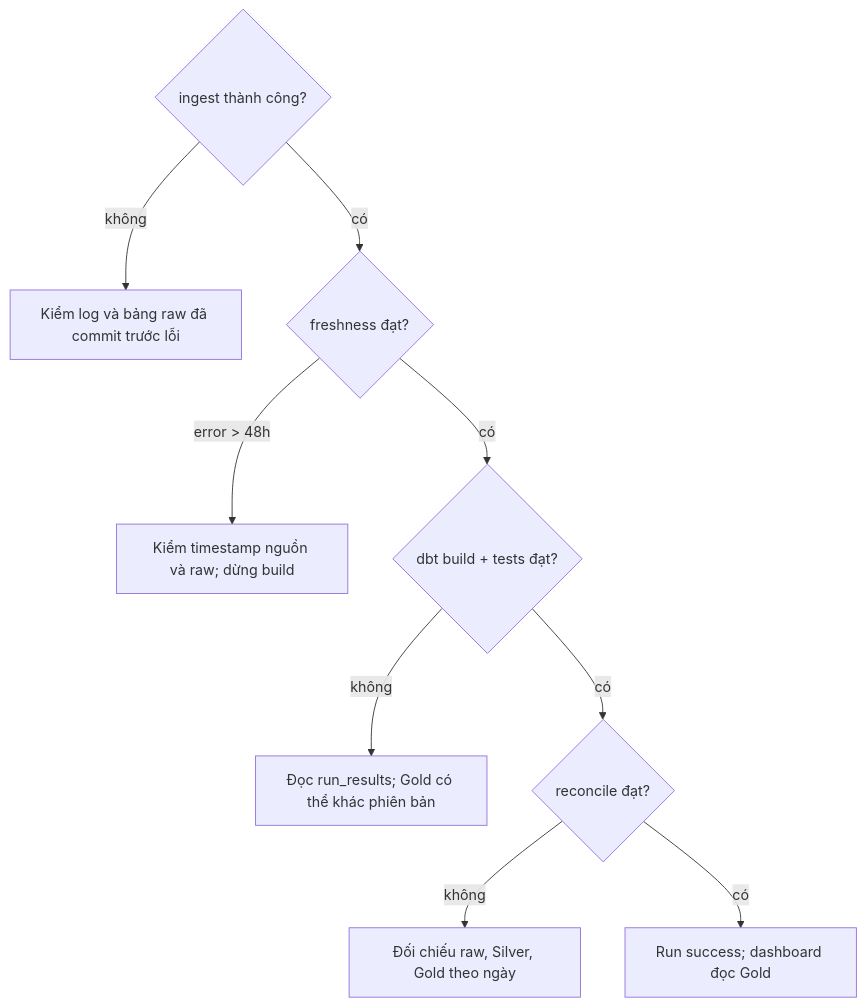
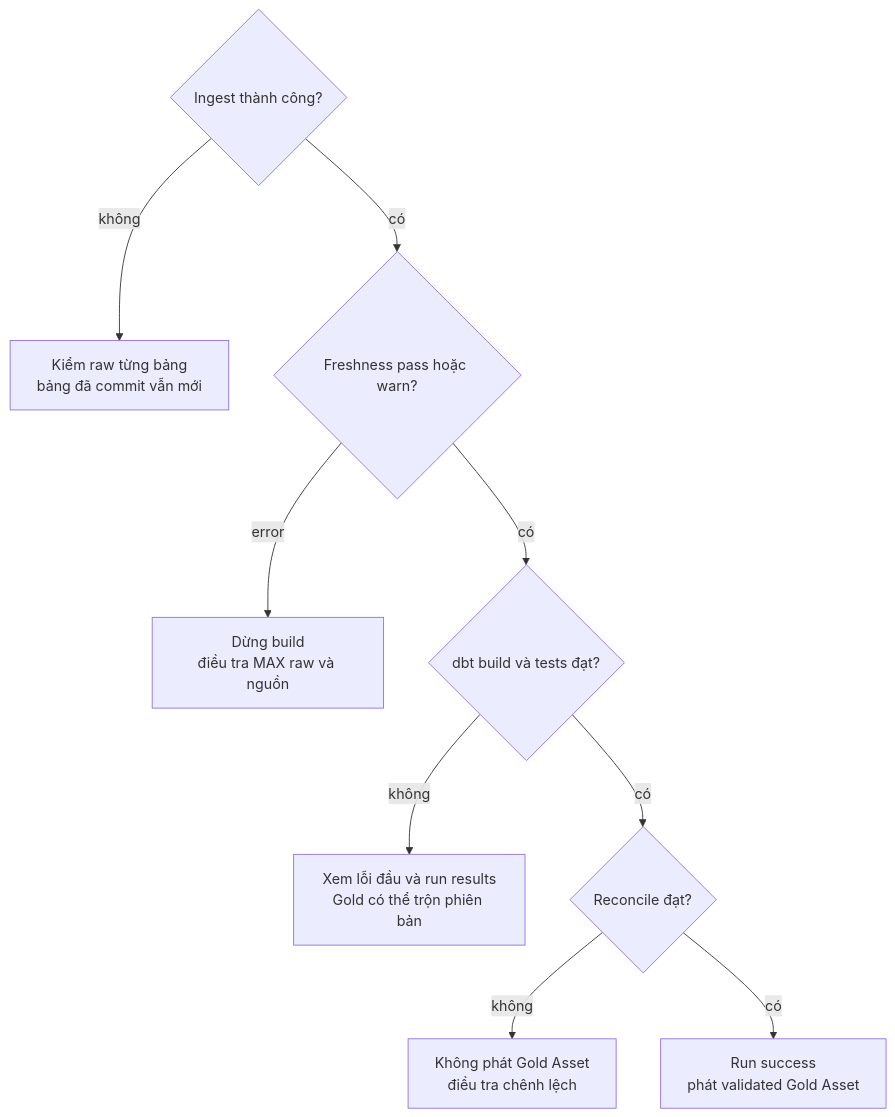
Diagram 13 of 13 in docs/architecture/data_flow.md (PhucTruong11/laplaptech_pipeline), drawn with Mermaid before and after one commit. The commit also changed other lines of this file and 1 other file, not shown here.

Commit message:
Complement data_flow & roadmap

````diff
--- a/docs/architecture/data_flow.md
+++ b/docs/architecture/data_flow.md
@@ -102,11 +407,11 @@
 ```mermaid
-flowchart TD
-    I{ingest thành công?} -->|không| I0[Kiểm log và bảng raw đã commit trước lỗi]
-    I -->|có| F{freshness đạt?}
-    F -->|error > 48h| F0[Kiểm timestamp nguồn và raw; dừng build]
-    F -->|có| B{dbt build + tests đạt?}
-    B -->|không| B0[Đọc run_results; Gold có thể khác phiên bản]
-    B -->|có| R{reconcile đạt?}
-    R -->|không| R0[Đối chiếu raw, Silver, Gold theo ngày]
-    R -->|có| OK[Run success; dashboard đọc Gold]
+flowchart TB
+    I{"Ingest thành công?"} -->|"không"| I0["Kiểm raw từng bảng<br/>bảng đã commit vẫn mới"]
+    I -->|"có"| F{"Freshness pass hoặc warn?"}
+    F -->|"error"| F0["Dừng build<br/>điều tra MAX raw và nguồn"]
+    F -->|"có"| B{"dbt build và tests đạt?"}
+    B -->|"không"| B0["Xem lỗi đầu và run results<br/>Gold có thể trộn phiên bản"]
+    B -->|"có"| R{"Reconcile đạt?"}
+    R -->|"không"| R0["Không phát Gold Asset<br/>điều tra chênh lệch"]
+    R -->|"có"| OK["Run success<br/>phát validated Gold Asset"]
 ```
````
